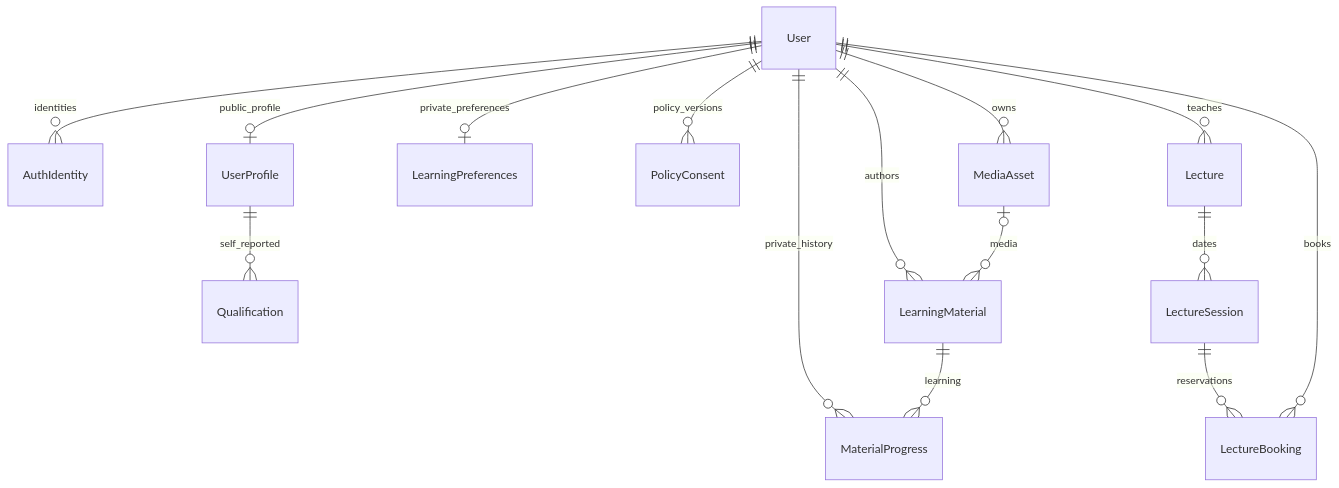
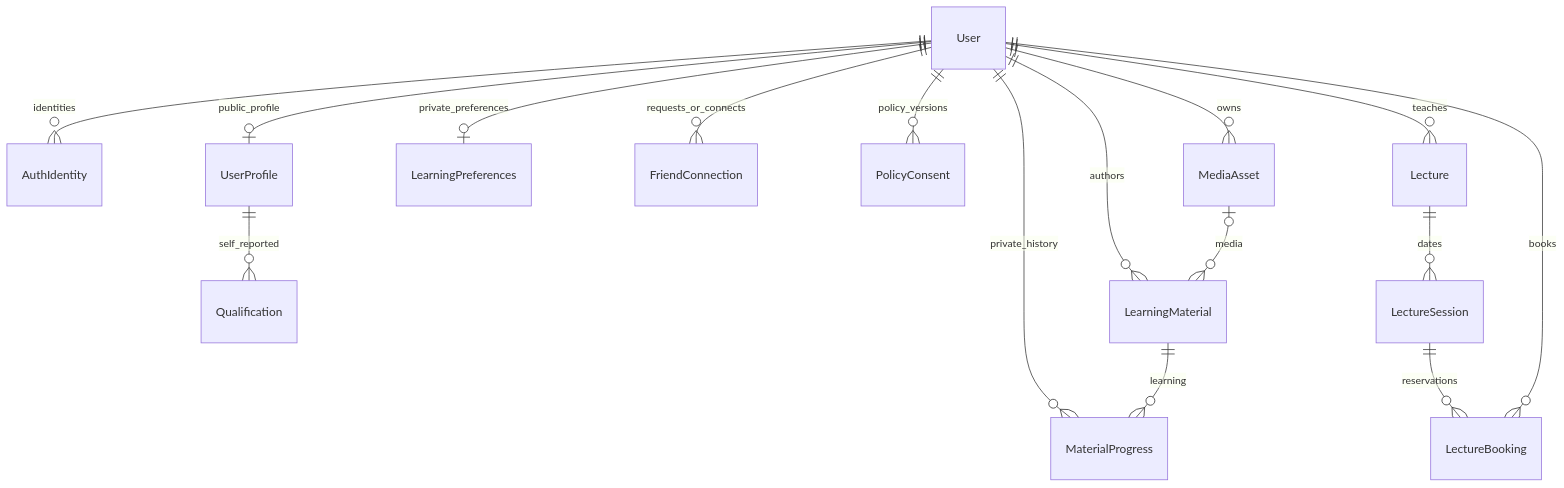
Before and after one commit to okaberyogahal-coder/team-development-project: the diagram in docs/database.md, drawn with Mermaid. The commit also changed other lines of this file and 26 other files, not shown here.

````diff
--- a/docs/database.md
+++ b/docs/database.md
@@ -16,17 +16,18 @@
 ```mermaid
 erDiagram
     User ||--o{ AuthIdentity : identities
     User ||--o| UserProfile : public_profile
     User ||--o| LearningPreferences : private_preferences
+    User ||--o{ FriendConnection : requests_or_connects
     UserProfile ||--o{ Qualification : self_reported
     User ||--o{ PolicyConsent : policy_versions
     User ||--o{ MediaAsset : owns
     User ||--o{ LearningMaterial : authors
     MediaAsset o|--o{ LearningMaterial : media
     User ||--o{ MaterialProgress : private_history
     LearningMaterial ||--o{ MaterialProgress : learning
     User ||--o{ Lecture : teaches
     Lecture ||--o{ LectureSession : dates
     LectureSession ||--o{ LectureBooking : reservations
     User ||--o{ LectureBooking : books
 ```
````
